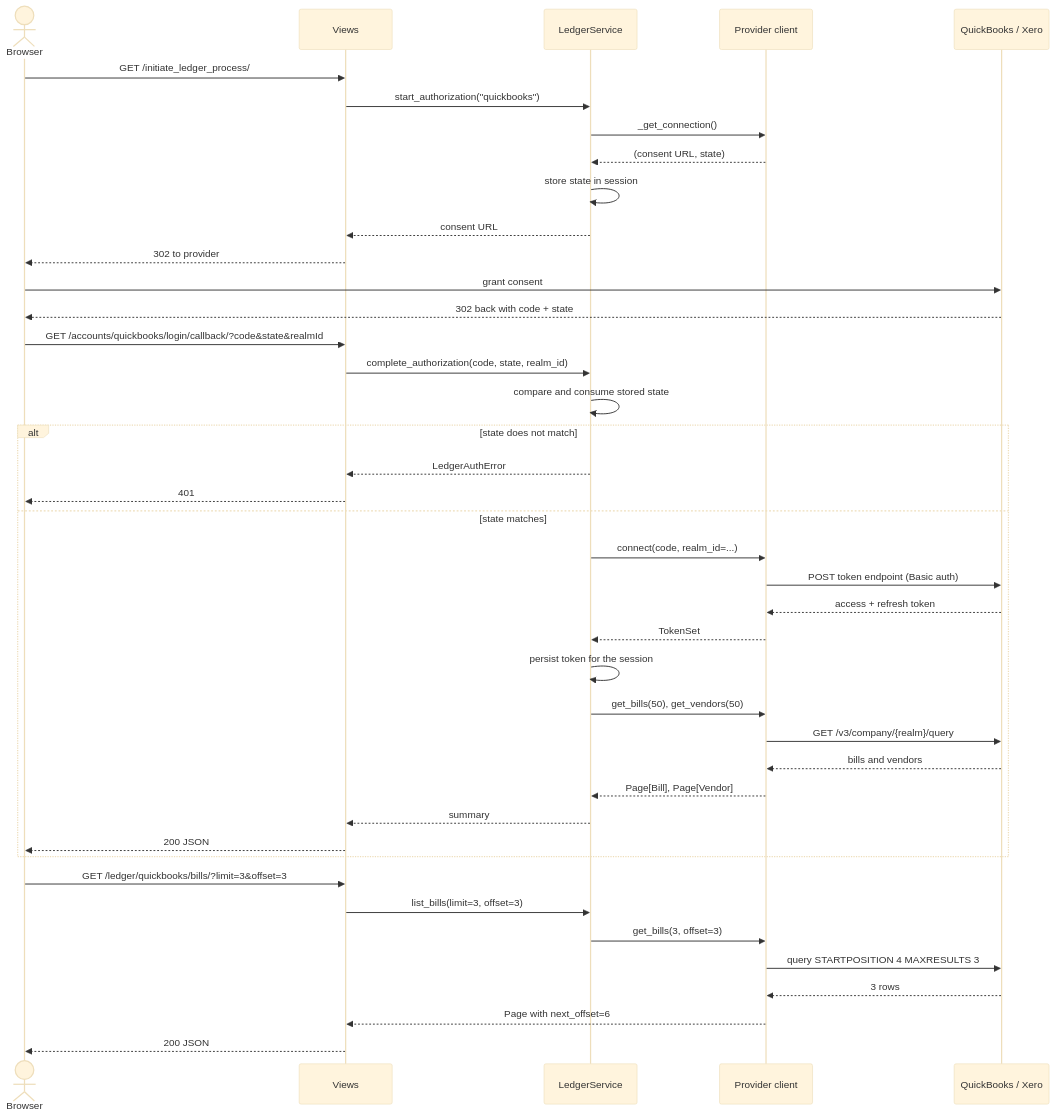
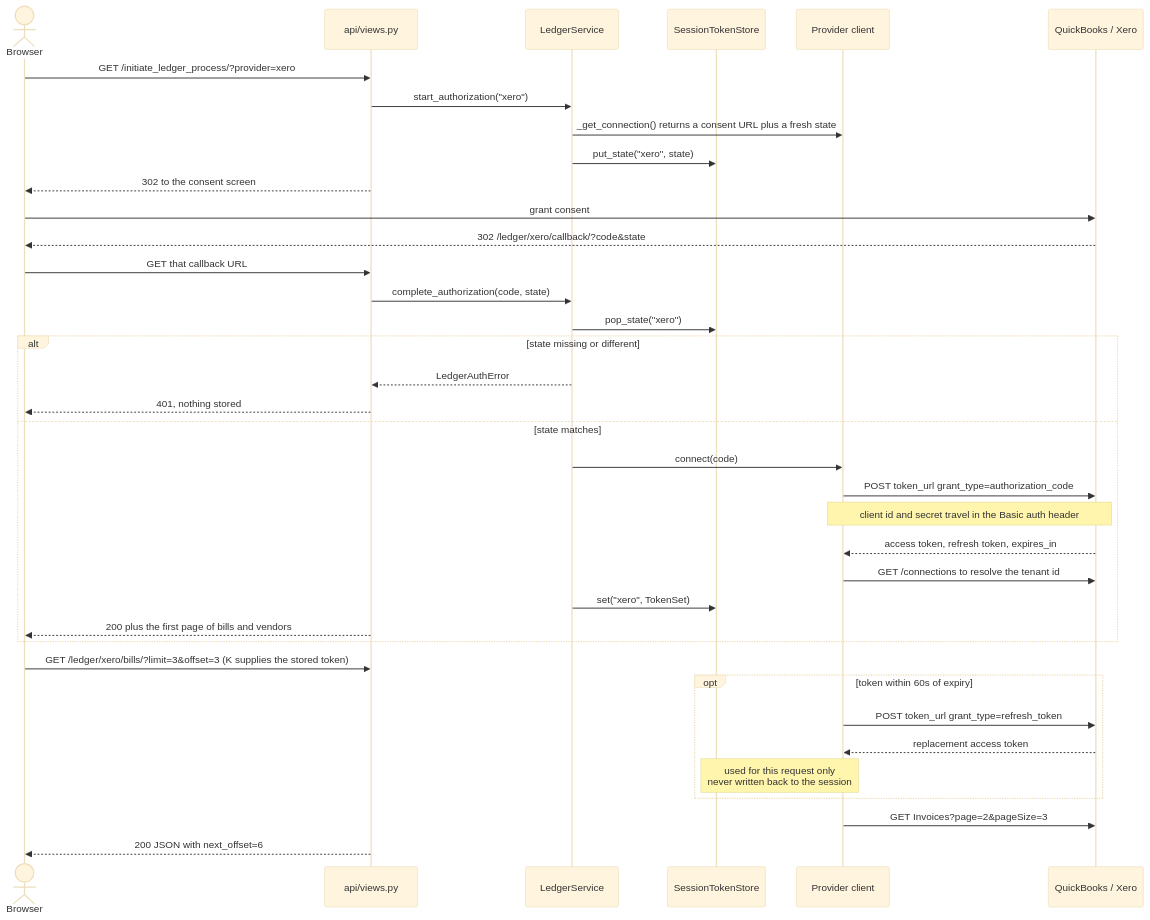
One commit to TCMS31/routable changed the diagram in README.md. Above: the diagram before and after it, drawn with Mermaid (base theme). The commit also changed other lines of this file, not shown here.

````diff
--- a/README.md
+++ b/README.md
@@ -154,47 +40,41 @@
 ```mermaid
 sequenceDiagram
-    actor U as Browser
-    participant V as Views
+    actor B as Browser
+    participant V as api/views.py
     participant S as LedgerService
+    participant K as SessionTokenStore
     participant C as Provider client
     participant P as QuickBooks / Xero
 
-    U->>V: GET /initiate_ledger_process/
-    V->>S: start_authorization("quickbooks")
-    S->>C: _get_connection()
-    C-->>S: (consent URL, state)
-    S->>S: store state in session
-    S-->>V: consent URL
-    V-->>U: 302 to provider
+    B->>V: GET /initiate_ledger_process/?provider=xero
+    V->>S: start_authorization("xero")
+    S->>C: _get_connection() returns a consent URL plus a fresh state
+    S->>K: put_state("xero", state)
+    V-->>B: 302 to the consent screen
+    B->>P: grant consent
+    P-->>B: 302 /ledger/xero/callback/?code&state
+    B->>V: GET that callback URL
+    V->>S: complete_authorization(code, state)
+    S->>K: pop_state("xero")
+    alt state missing or different
+        S-->>V: LedgerAuthError
+        V-->>B: 401, nothing stored
+    else state matches
+        S->>C: connect(code)
+        C->>P: POST token_url grant_type=authorization_code
+        Note over C,P: client id and secret travel in the Basic auth header
+        P-->>C: access token, refresh token, expires_in
+        C->>P: GET /connections to resolve the tenant id
+        S->>K: set("xero", TokenSet)
 
-    U->>P: grant consent
-    P-->>U: 302 back with code + state
-
-    U->>V: GET /accounts/quickbooks/login/callback/?code&state&realmId
-    V->>S: complete_authorization(code, state, realm_id)
-    S->>S: compare and consume stored state
-    alt state does not match
-        S-->>V: LedgerAuthError
-        V-->>U: 401
-    else state matches
-        S->>C: connect(code, realm_id=...)
-        C->>P: POST token endpoint (Basic auth)
-        P-->>C: access + refresh token
-        C-->>S: TokenSet
-        S->>S: persist token for the session
-        S->>C: get_bills(50), get_vendors(50)
-        C->>P: GET /v3/company/{realm}/query
-        P-->>C: bills and vendors
-        C-->>S: Page[Bill], Page[Vendor]
-        S-->>V: summary
-        V-->>U: 200 JSON
+        V-->>B: 200 plus the first page of bills and vendors
     end
-
-    U->>V: GET /ledger/quickbooks/bills/?limit=3&offset=3
-    V->>S: list_bills(limit=3, offset=3)
-    S->>C: get_bills(3, offset=3)
-    C->>P: query STARTPOSITION 4 MAXRESULTS 3
-    P-->>C: 3 rows
-    C-->>V: Page with next_offset=6
-    V-->>U: 200 JSON
+    B->>V: GET /ledger/xero/bills/?limit=3&offset=3 (K supplies the stored token)
+    opt token within 60s of expiry
+        C->>P: POST token_url grant_type=refresh_token
+        P-->>C: replacement access token
+        Note over C,K: used for this request only<br/>never written back to the session
+    end
+    C->>P: GET Invoices?page=2&pageSize=3
+    V-->>B: 200 JSON with next_offset=6
 ```
````
